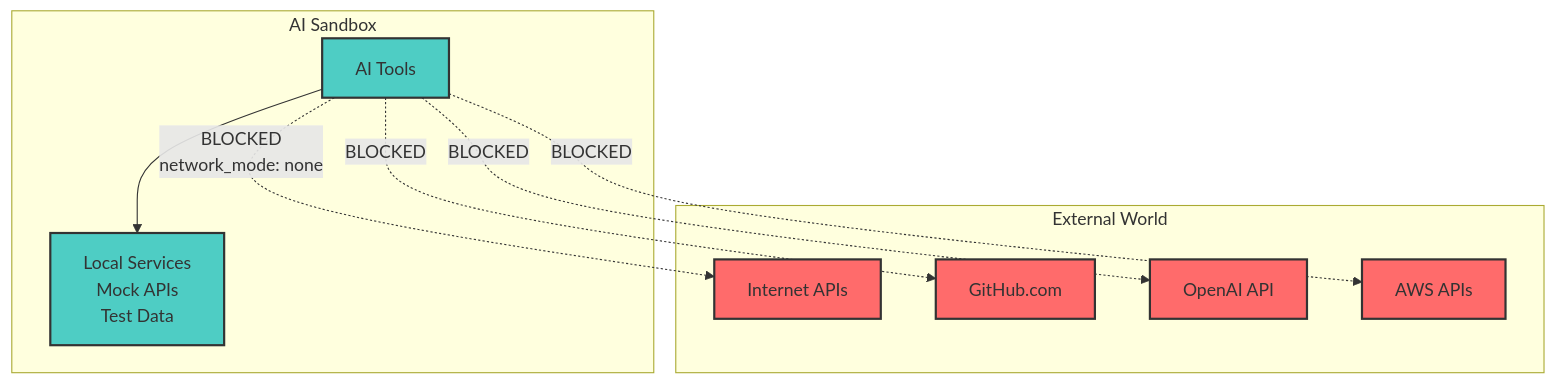
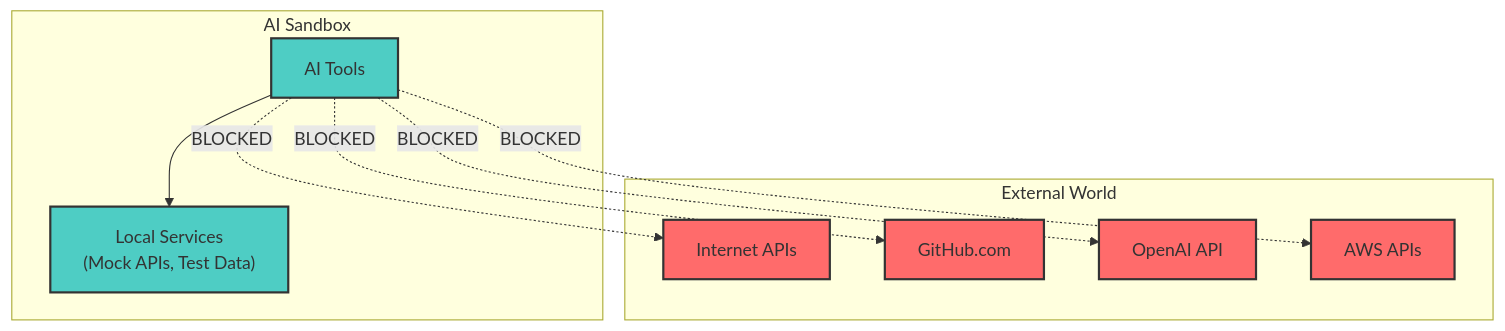
The third of 3 diagrams in docs/ai-security-sandbox-blog.md (PaulDuvall/ai-development-patterns), drawn with Mermaid before and after one commit. The commit also changed other lines of this file, not shown here.

First line of the commit message:
fix: correct Mermaid diagram syntax for proper GitHub rendering

````diff
--- a/docs/ai-security-sandbox-blog.md
+++ b/docs/ai-security-sandbox-blog.md
@@ -209,26 +208,26 @@
 ```mermaid
 graph TB
-    subgraph "External World"
-        Internet[Internet APIs]
-        GitHub[GitHub.com]
-        OpenAI[OpenAI API]
-        AWS_API[AWS APIs]
+    subgraph ExtWorld["External World"]
+        Internet["Internet APIs"]
+        GitHub["GitHub.com"]
+        OpenAI["OpenAI API"]
+        AWSAPI["AWS APIs"]
     end
     
-    subgraph "AI Sandbox"
-        AI[AI Tools]
-        Local[Local Services<br/>Mock APIs<br/>Test Data]
+    subgraph AISandbox["AI Sandbox"]
+        AI["AI Tools"]
+        Local["Local Services<br/>(Mock APIs, Test Data)"]
     end
     
     AI --> Local
-    AI -.->|BLOCKED<br/>network_mode: none| Internet
+    AI -.->|BLOCKED| Internet
     AI -.->|BLOCKED| GitHub
     AI -.->|BLOCKED| OpenAI
-    AI -.->|BLOCKED| AWS_API
+    AI -.->|BLOCKED| AWSAPI
     
     classDef secure fill:#4ecdc4,stroke:#333,stroke-width:2px
     classDef blocked fill:#ff6b6b,stroke:#333,stroke-width:2px
     
     class AI,Local secure
-    class Internet,GitHub,OpenAI,AWS_API blocked
+    class Internet,GitHub,OpenAI,AWSAPI blocked
 ```
````
